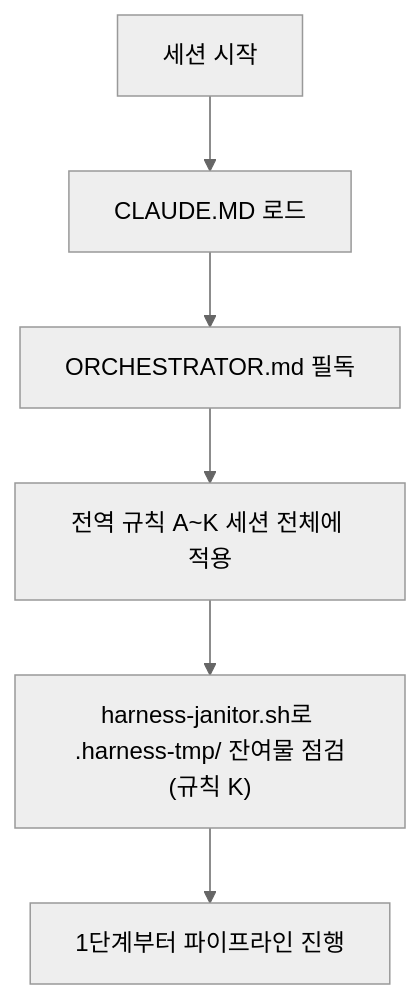
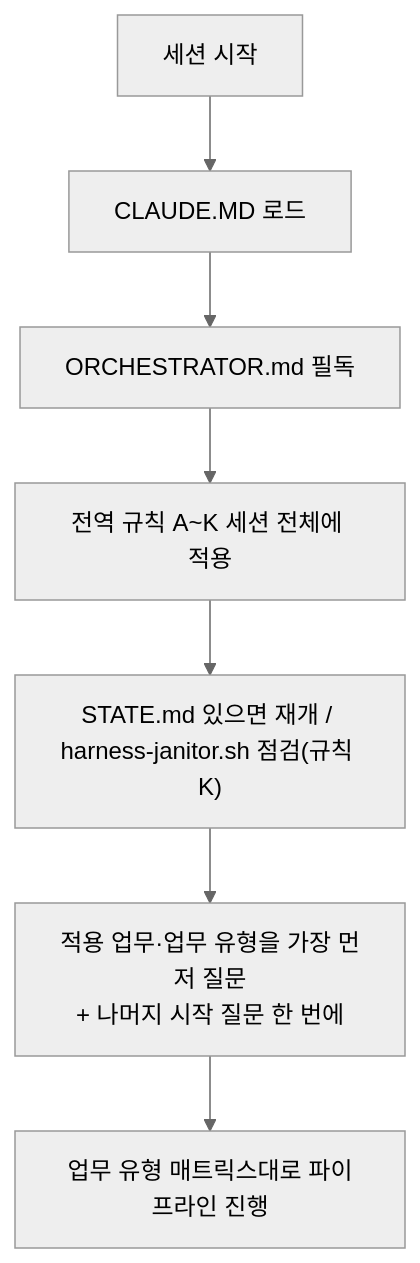
The diagram in CLAUDE.MD (jcs19752510-ui/HANESS_AUTO), drawn with Mermaid (neutral theme) before and after one commit. The commit also changed other lines of this file and 17 other files, not shown here.

````diff
--- a/CLAUDE.MD
+++ b/CLAUDE.MD
@@ -13,8 +20,9 @@
 ```mermaid
 flowchart TD
     A["세션 시작"] --> B["CLAUDE.MD 로드"]
     B --> C["ORCHESTRATOR.md 필독"]
     C --> D["전역 규칙 A~K 세션 전체에 적용"]
-    D --> E["harness-janitor.sh로 .harness-tmp/ 잔여물 점검(규칙 K)"]
-    E --> F["1단계부터 파이프라인 진행"]
+    D --> E["STATE.md 있으면 재개 / harness-janitor.sh 점검(규칙 K)"]
+    E --> Q["적용 업무·업무 유형을 가장 먼저 질문<br/>+ 나머지 시작 질문 한 번에"]
+    Q --> F["업무 유형 매트릭스대로 파이프라인 진행"]
 ```
````
